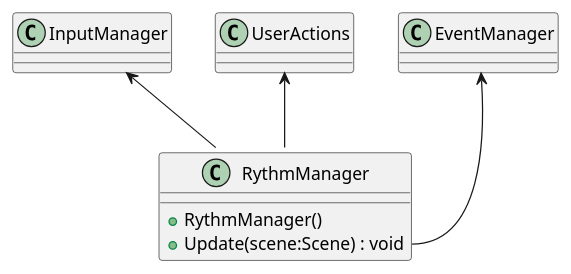
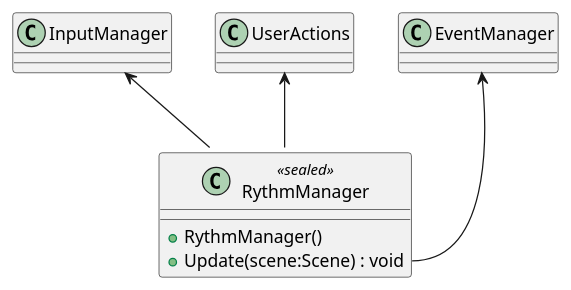
Before and after one commit to Ruby1405/PaceInvaders: the diagram in plantuml/RythmManager.puml, drawn with PlantUML. The commit also changed 10 other files, not shown here.

Commit message:
Updated class diagram

```diff
--- a/plantuml/RythmManager.puml
+++ b/plantuml/RythmManager.puml
@@ -1,9 +1,9 @@
 @startuml
-class RythmManager {
+class RythmManager <<sealed>> {
     + RythmManager()
     + Update(scene:Scene) : void
 }
 InputManager <-- RythmManager
 UserActions <-- RythmManager
 EventManager <-- RythmManager::Update
 @enduml
```
